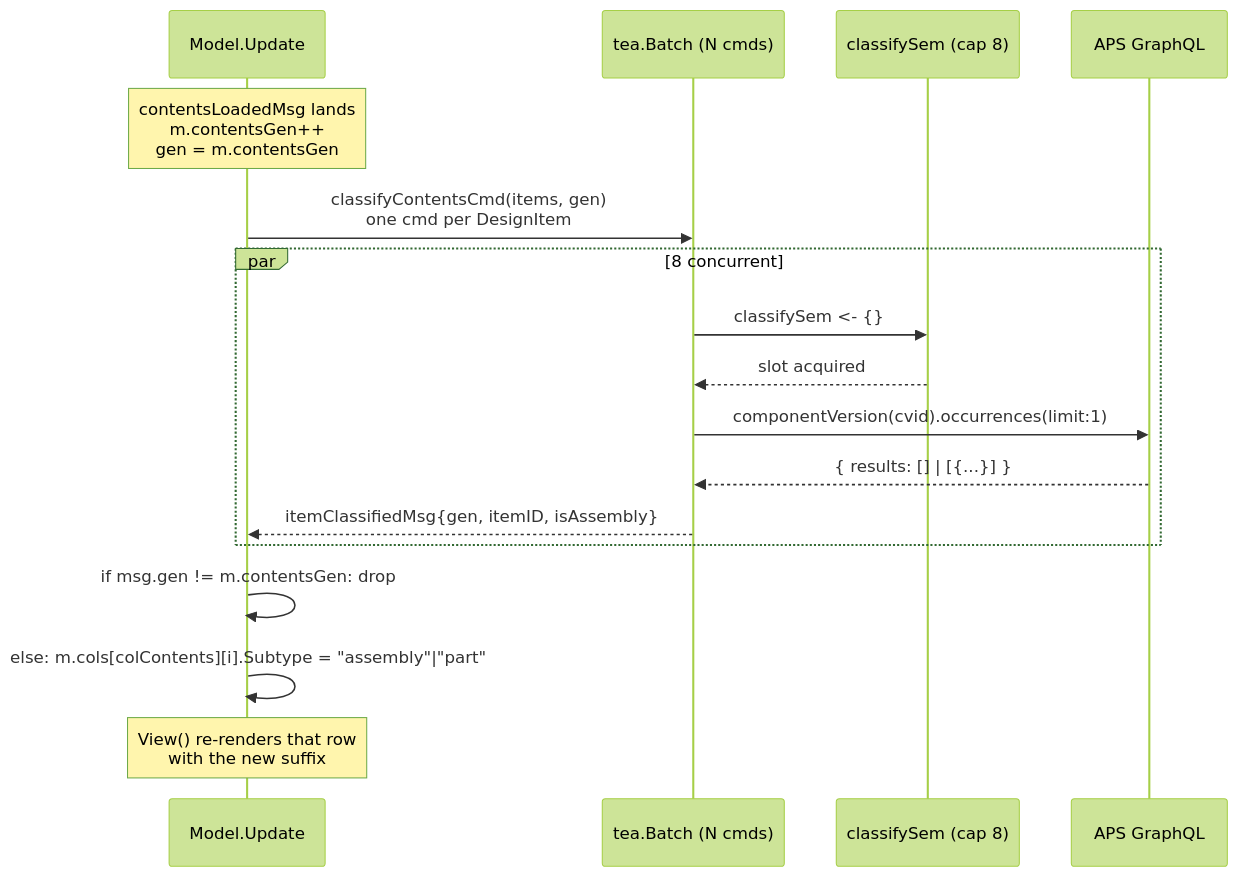
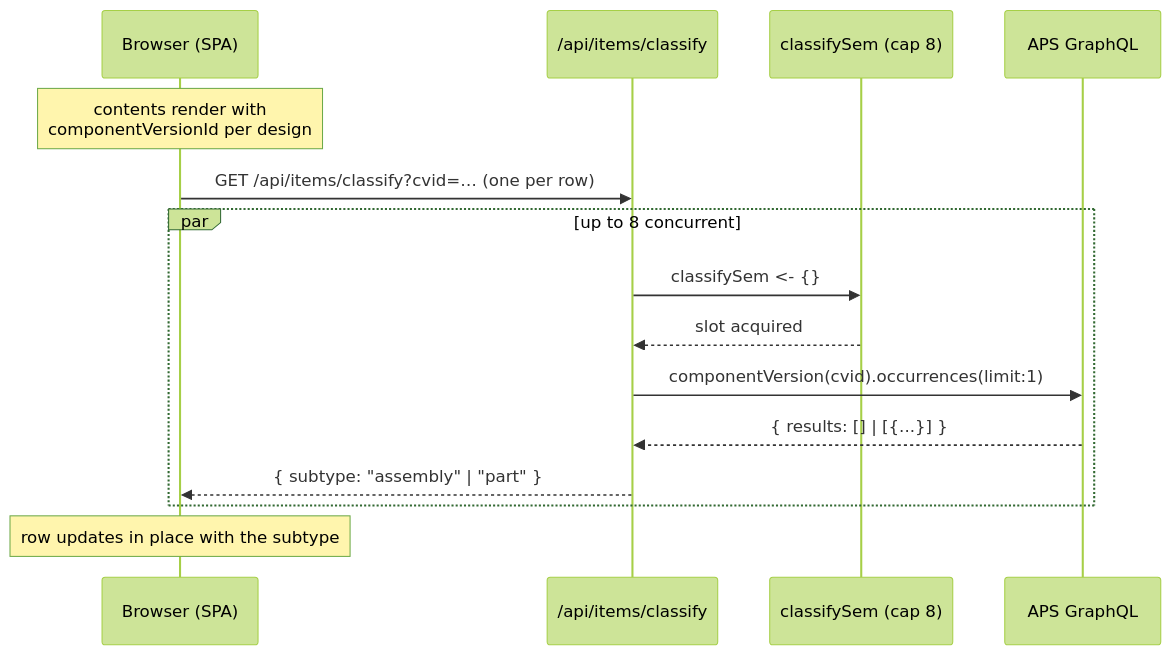
The seventh of 7 diagrams in docs/architecture.md (schneik80/fusionlocalserver), drawn with Mermaid (forest theme) before and after one commit. The commit also changed other lines of this file and 13 other files, not shown here.

````diff
--- a/docs/architecture.md
+++ b/docs/architecture.md
@@ -277,20 +250,18 @@
 ```mermaid
 sequenceDiagram
-    participant Update as Model.Update
-    participant Batch as tea.Batch (N cmds)
+    participant B as Browser (SPA)
+    participant H as /api/items/classify
     participant Sem as classifySem (cap 8)
     participant APS as APS GraphQL
 
-    Note over Update: contentsLoadedMsg lands<br/>m.contentsGen++<br/>gen = m.contentsGen
-    Update->>Batch: classifyContentsCmd(items, gen)<br/>one cmd per DesignItem
-    par 8 concurrent
-        Batch->>Sem: classifySem <- {}
-        Sem-->>Batch: slot acquired
-        Batch->>APS: componentVersion(cvid).occurrences(limit:1)
-        APS-->>Batch: { results: [] | [{...}] }
-        Batch-->>Update: itemClassifiedMsg{gen, itemID, isAssembly}
+    Note over B: contents render with<br/>componentVersionId per design
+    B->>H: GET /api/items/classify?cvid=… (one per row)
+    par up to 8 concurrent
+        H->>Sem: classifySem <- {}
+        Sem-->>H: slot acquired
+        H->>APS: componentVersion(cvid).occurrences(limit:1)
+        APS-->>H: { results: [] | [{...}] }
+        H-->>B: { subtype: "assembly" | "part" }
     end
-    Update->>Update: if msg.gen != m.contentsGen: drop
-    Update->>Update: else: m.cols[colContents][i].Subtype = "assembly"|"part"
-    Note over Update: View() re-renders that row<br/>with the new suffix
+    Note over B: row updates in place with the subtype
 ```
````
